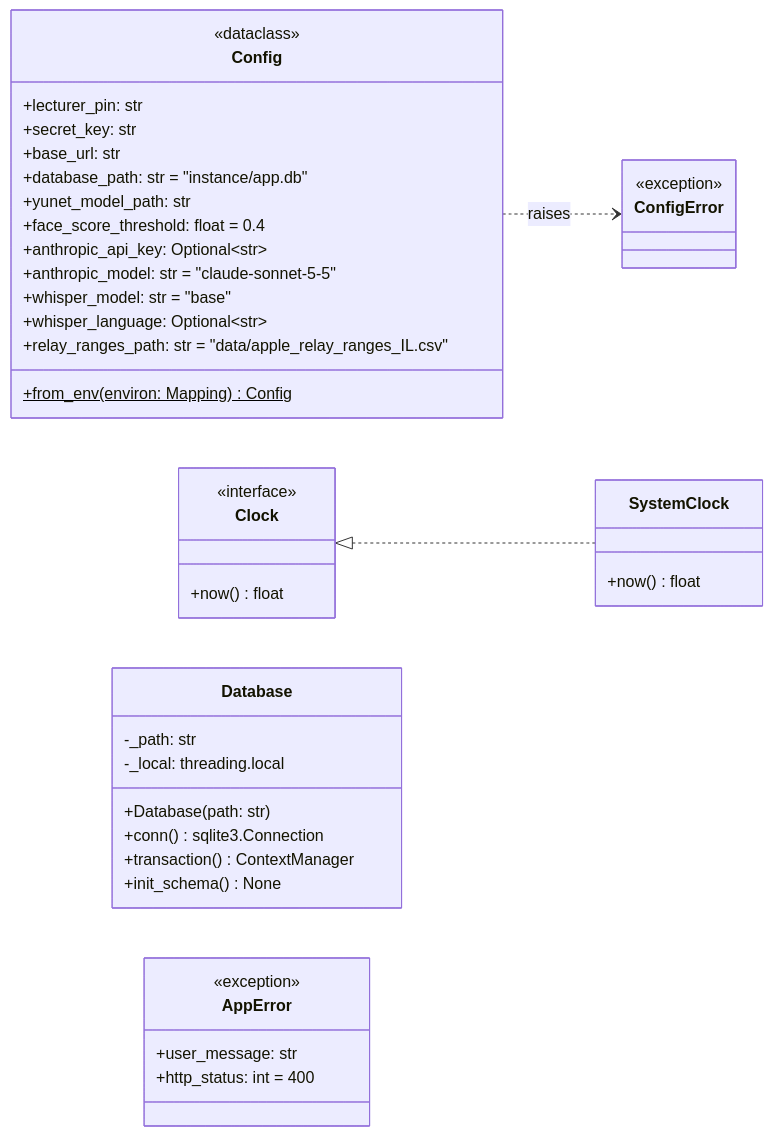
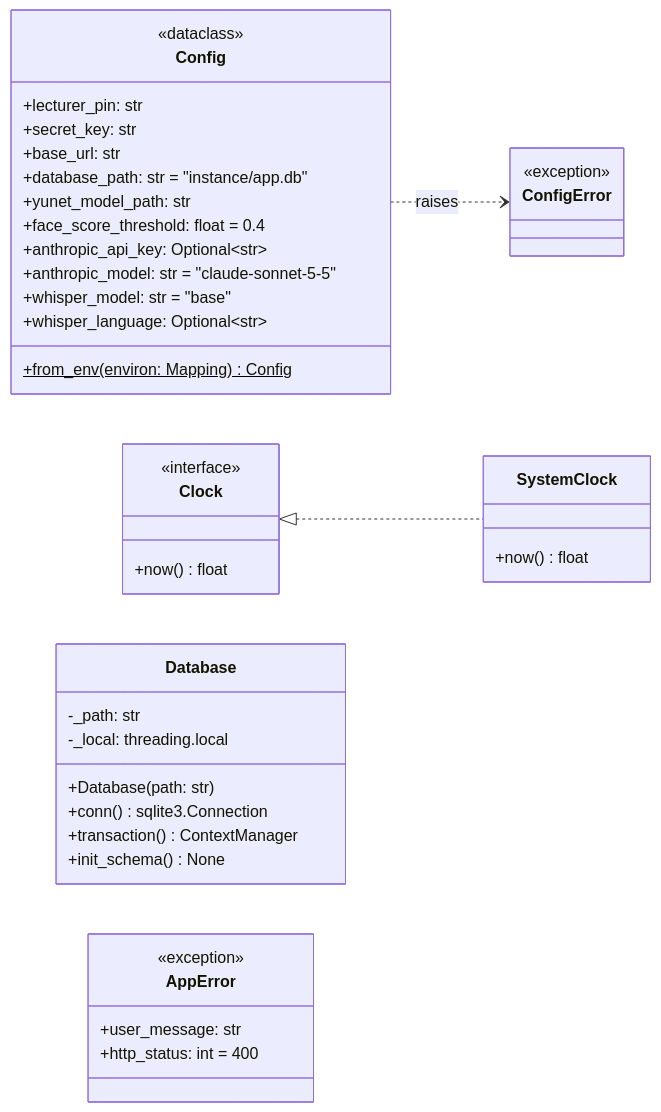
One commit to ronsarfati/EX2-Teaching-Tool changed the second of 18 diagrams in docs/design.md. Above: the diagram before and after it, drawn with Mermaid. The commit also changed other lines of this file and 2 other files, not shown here.

````diff
--- a/docs/design.md
+++ b/docs/design.md
@@ -206,44 +195,43 @@
 ```mermaid
 classDiagram
   direction LR
   class Config {
     <<dataclass>>
     +lecturer_pin: str
     +secret_key: str
     +base_url: str
     +database_path: str = "instance/app.db"
     +yunet_model_path: str
     +face_score_threshold: float = 0.4
     +anthropic_api_key: Optional~str~
     +anthropic_model: str = "claude-sonnet-5-5"
     +whisper_model: str = "base"
     +whisper_language: Optional~str~
-    +relay_ranges_path: str = "data/apple_relay_ranges_IL.csv"
     +from_env(environ: Mapping) Config$
   }
   class Clock {
     <<interface>>
     +now() float
   }
   class SystemClock {
     +now() float
   }
   class Database {
     -_path: str
     -_local: threading.local
     +Database(path: str)
     +conn() sqlite3.Connection
     +transaction() ContextManager
     +init_schema() None
   }
   class AppError {
     <<exception>>
     +user_message: str
     +http_status: int = 400
   }
   class ConfigError {
     <<exception>>
   }
   Clock <|.. SystemClock
   Config ..> ConfigError : raises
 ```
````
